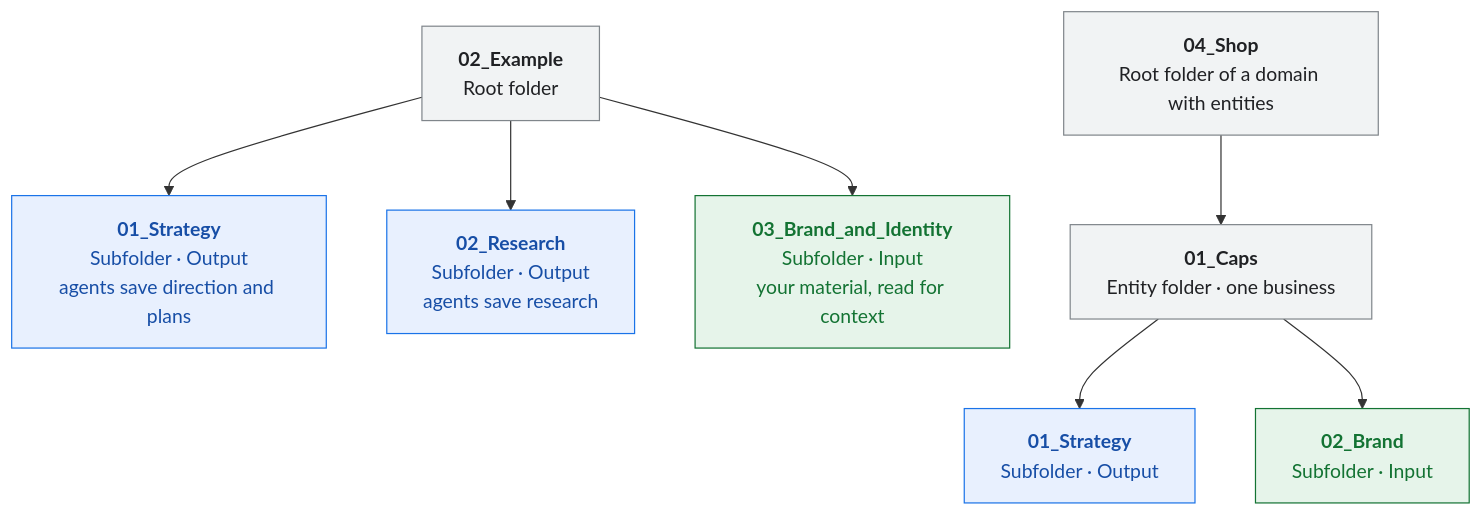
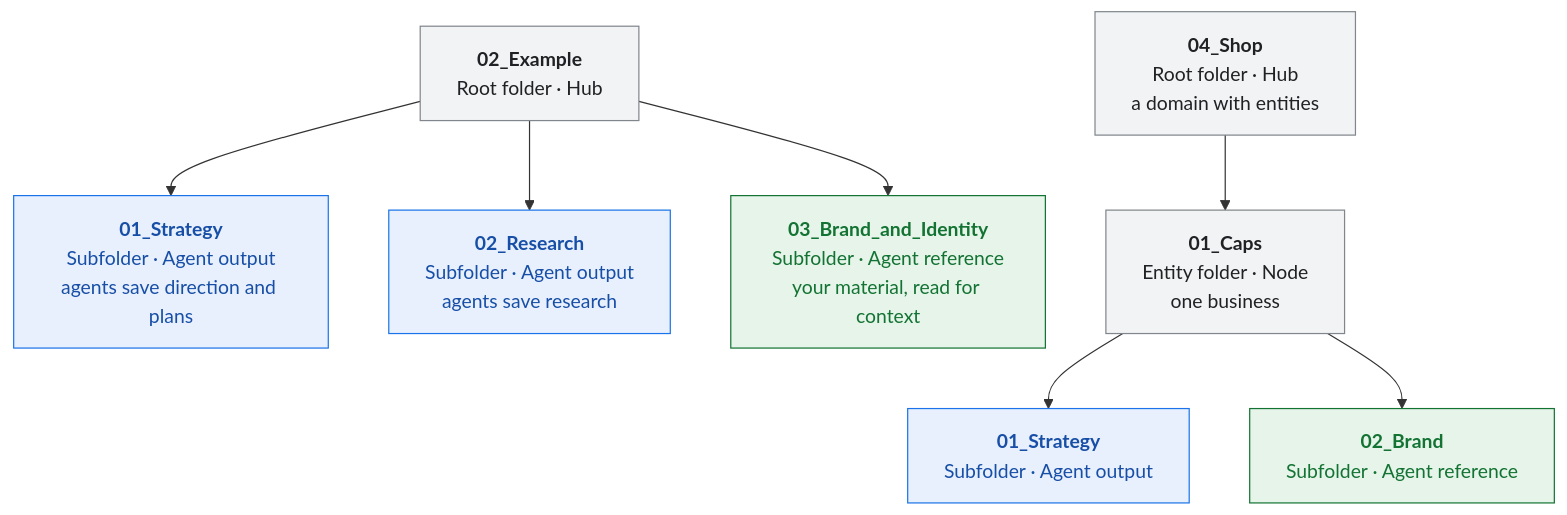
Before and after one commit to Welladino/Horology: the third of 3 diagrams in docs/runbook/setup/setup.md, drawn with Mermaid. The commit also changed other lines of this file and 7 other files, not shown here.

````diff
--- a/docs/runbook/setup/setup.md
+++ b/docs/runbook/setup/setup.md
@@ -88,22 +91,22 @@
 ```mermaid
 flowchart TB
-  root["<b>02_Example</b><br/>Root folder"]
-  strat["<b>01_Strategy</b><br/>Subfolder · Output<br/>agents save direction and plans"]
-  research["<b>02_Research</b><br/>Subfolder · Output<br/>agents save research"]
-  brand["<b>03_Brand_and_Identity</b><br/>Subfolder · Input<br/>your material, read for context"]
+  root["<b>02_Example</b><br/>Root folder · Hub"]
+  strat["<b>01_Strategy</b><br/>Subfolder · Agent output<br/>agents save direction and plans"]
+  research["<b>02_Research</b><br/>Subfolder · Agent output<br/>agents save research"]
+  brand["<b>03_Brand_and_Identity</b><br/>Subfolder · Agent reference<br/>your material, read for context"]
   root --> strat
   root --> research
   root --> brand
-  shop["<b>04_Shop</b><br/>Root folder of a domain with entities"]
-  entity["<b>01_Caps</b><br/>Entity folder · one business"]
-  estrat["<b>01_Strategy</b><br/>Subfolder · Output"]
-  ebrand["<b>02_Brand</b><br/>Subfolder · Input"]
+  shop["<b>04_Shop</b><br/>Root folder · Hub<br/>a domain with entities"]
+  entity["<b>01_Caps</b><br/>Entity folder · Node<br/>one business"]
+  estrat["<b>01_Strategy</b><br/>Subfolder · Agent output"]
+  ebrand["<b>02_Brand</b><br/>Subfolder · Agent reference"]
   shop --> entity --> estrat
   entity --> ebrand
   classDef output fill:#e8f0fe,stroke:#1a73e8,color:#174ea6
   classDef input fill:#e6f4ea,stroke:#137333,color:#137333
   classDef struct fill:#f1f3f4,stroke:#80868b,color:#202124
   class strat,research,estrat output
   class brand,ebrand input
   class root,shop,entity struct
 ```
````
